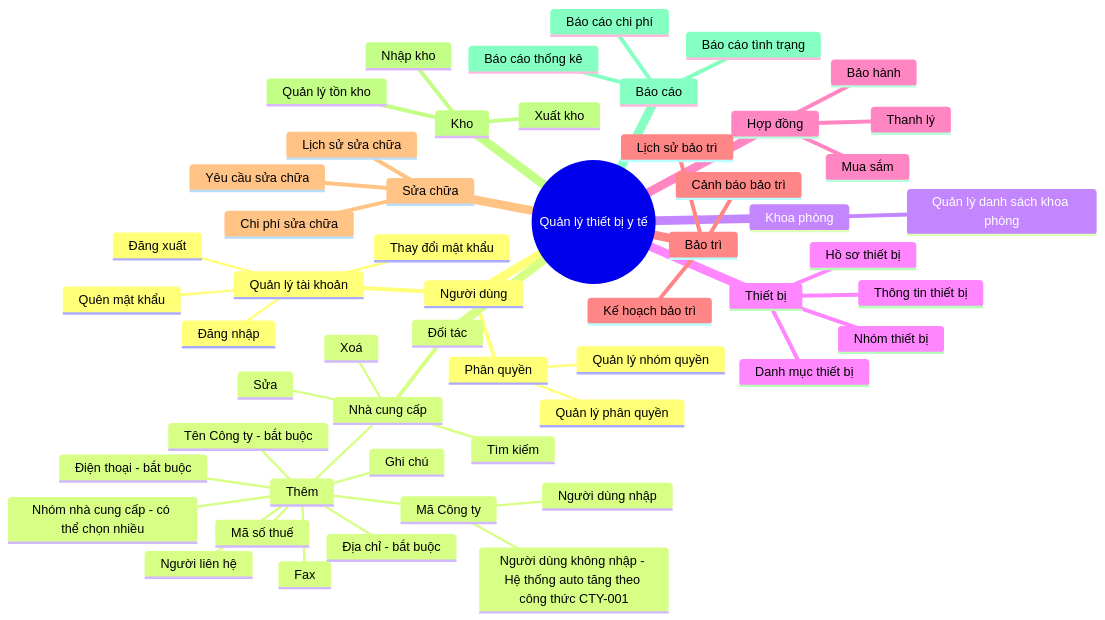
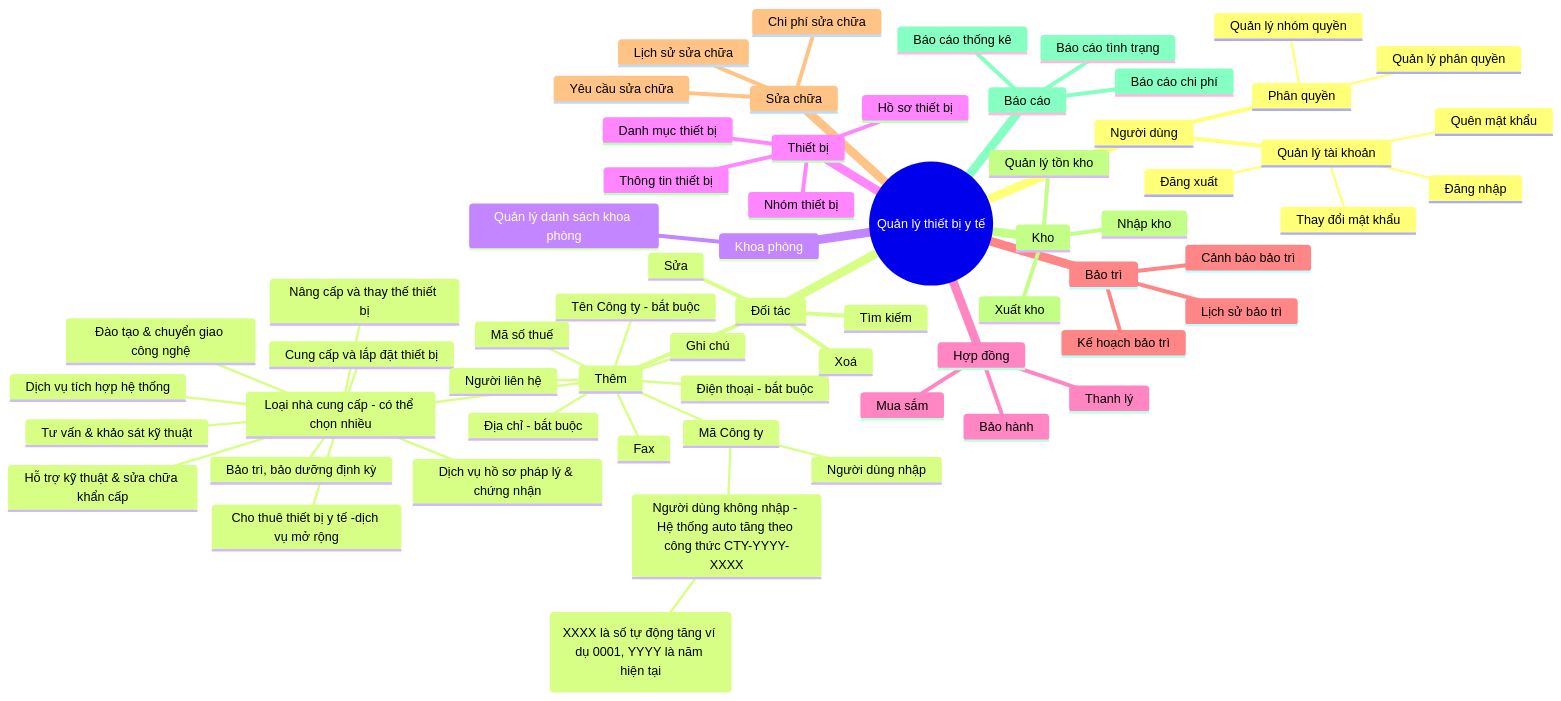
Before and after one commit to nthanhdo/mems-brainstorm: the diagram in mindmap.md, drawn with Mermaid.

````diff
--- a/mindmap.md
+++ b/mindmap.md
@@ -1,62 +1,71 @@
 ```mermaid
 mindmap
   root((Quản lý thiết bị y tế))
     Người dùng
       Quản lý tài khoản
          Đăng nhập
          Đăng xuất
          Thay đổi mật khẩu
          Quên mật khẩu
       Phân quyền
          Quản lý nhóm quyền
          Quản lý phân quyền
 
     Đối tác
-      Nhà cung cấp
-         Thêm
-            Mã Công ty 
+        Thêm
+          Mã Công ty 
                Người dùng nhập 
-               Người dùng không nhập - Hệ thống auto tăng theo công thức CTY-001
-            Tên Công ty - bắt buộc
-            Mã số thuế
-            Nhóm nhà cung cấp - có thể chọn nhiều
-            Địa chỉ - bắt buộc
-            Người liên hệ
-            Điện thoại - bắt buộc
-            Fax
-            Ghi chú
-         Sửa
-         Xoá
-         Tìm kiếm
+               Người dùng không nhập - Hệ thống auto tăng theo công thức CTY-YYYY-XXXX
+                   (XXXX là số tự động tăng ví dụ 0001, YYYY là năm hiện tại)
+          Tên Công ty - bắt buộc
+          Mã số thuế
+          Loại nhà cung cấp - có thể chọn nhiều
+               Tư vấn & khảo sát kỹ thuật
+               Cung cấp và lắp đặt thiết bị
+               Đào tạo & chuyển giao công nghệ
+               Bảo trì, bảo dưỡng định kỳ
+               Hỗ trợ kỹ thuật & sửa chữa khẩn cấp
+               Dịch vụ hồ sơ pháp lý & chứng nhận
+               Nâng cấp và thay thế thiết bị
+               Cho thuê thiết bị y tế -dịch vụ mở rộng
+               Dịch vụ tích hợp hệ thống                    
+         Địa chỉ - bắt buộc
+         Người liên hệ
+         Điện thoại - bắt buộc
+         Fax
+         Ghi chú  
+        Sửa
+        Xoá
+        Tìm kiếm
     Khoa phòng
       Quản lý danh sách khoa phòng
       
     Thiết bị
       Nhóm thiết bị
       Danh mục thiết bị
       Thông tin thiết bị
       Hồ sơ thiết bị
 
     Hợp đồng
       Mua sắm
       Bảo hành
       Thanh lý
     Bảo trì
       Kế hoạch bảo trì
       Lịch sử bảo trì
       Cảnh báo bảo trì
     Sửa chữa
       Yêu cầu sửa chữa
       Lịch sử sửa chữa
       Chi phí sửa chữa
     Kho
       Quản lý tồn kho
       Nhập kho
       Xuất kho
     Báo cáo
       Báo cáo thống kê
       Báo cáo tình trạng
       Báo cáo chi phí
    
 
 ```
````
